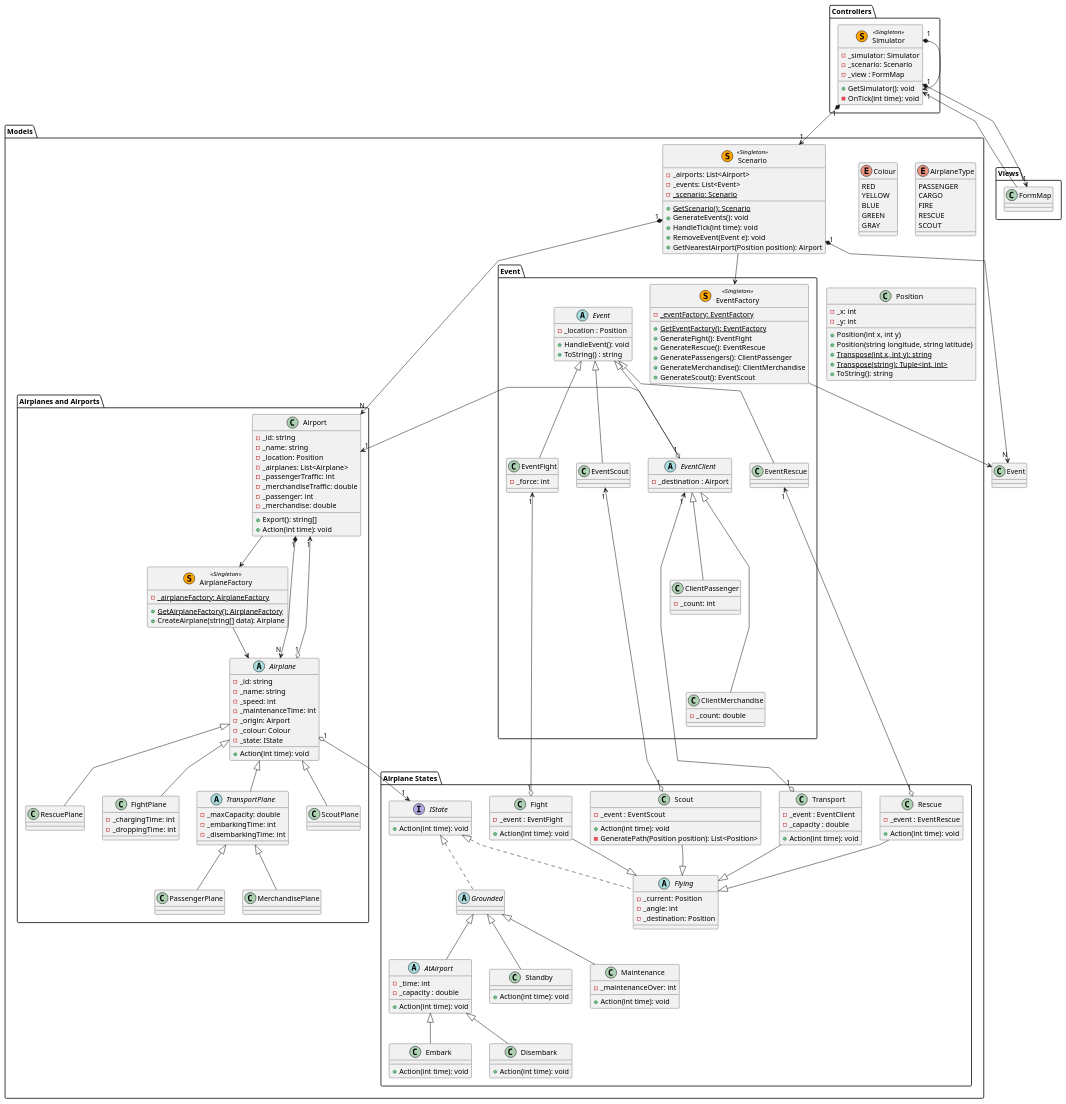
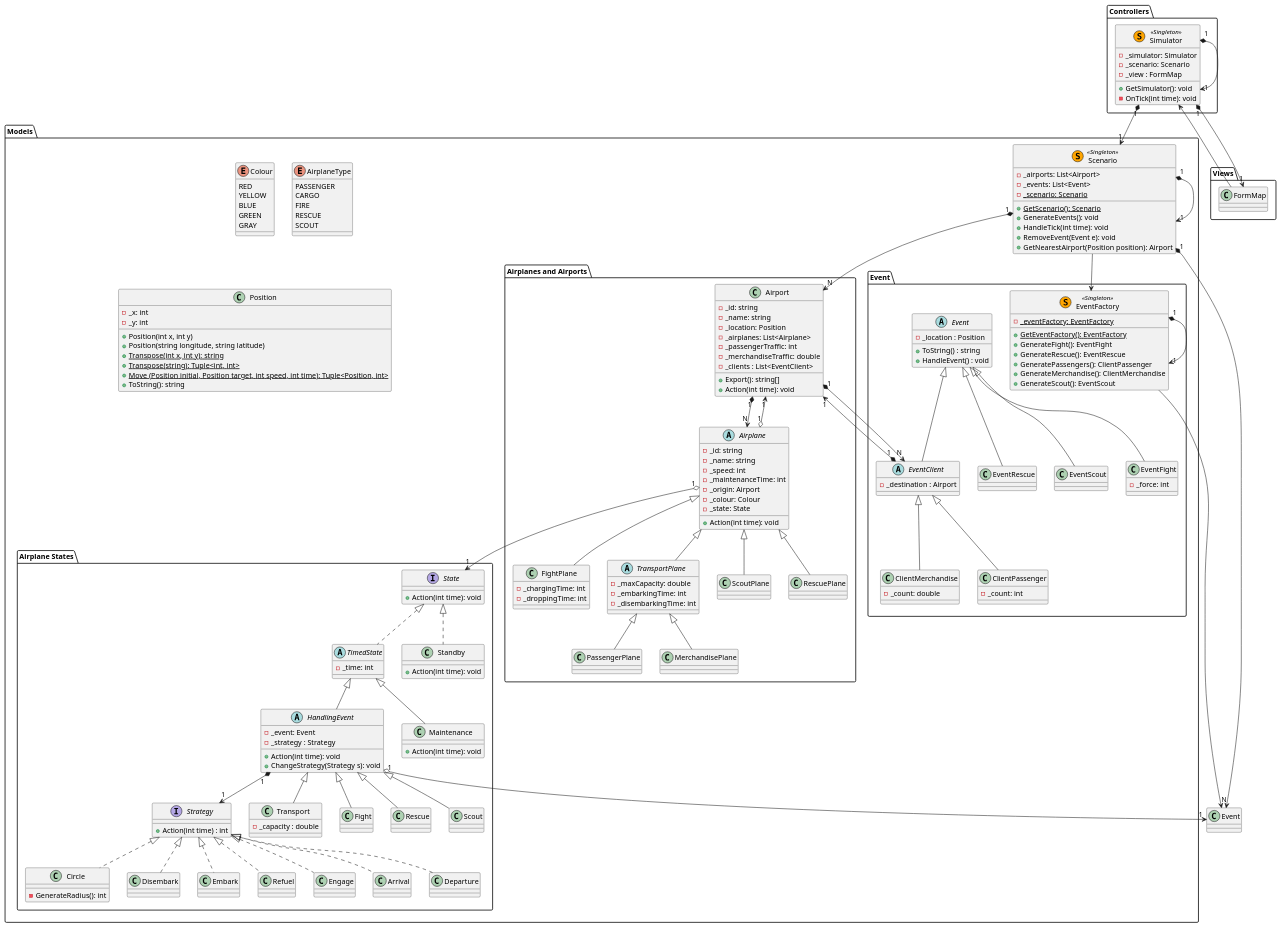
One commit to darkhappy/flightsim changed the diagram in Documentation/Diagrams/Class/Simulator.puml. Above: the diagram before and after it, drawn with PlantUML.

Commit message:
Class/Simulator: Added even more things

```diff
--- a/Documentation/Diagrams/Class/Simulator.puml
+++ b/Documentation/Diagrams/Class/Simulator.puml
@@ -1,6 +1,5 @@
 @startuml
 
-skinparam linetype polyline
 
 package Models {
     ' ----------------------------------- '
@@ -33,6 +32,7 @@
         + Position(string longitude, string latitude)
         + {static} Transpose(int x, int y): string
         + {static} Transpose(string): Tuple<int, int>
+        + {static} Move (Position initial, Position target, int speed, int time): Tuple<Position, int>
         + ToString(): string
     }
 
@@ -57,20 +57,11 @@
             - _airplanes: List<Airplane>
             - _passengerTraffic: int
             - _merchandiseTraffic: double
-            - _passenger: int
-            - _merchandise: double
+            - _clients : List<EventClient>
             + Export(): string[]
             + Action(int time): void
         }
     
-    ' -----------------------------------'
-    ' -- Airplane Management          -- '
-        class AirplaneFactory << (S,orange) Singleton>> {
-            - {static} _airplaneFactory: AirplaneFactory
-            + {static} GetAirplaneFactory(): AirplaneFactory
-            + CreateAirplane(string[] data): Airplane
-        }
-
         abstract class Airplane {
             - _id: string
             - _name: string
@@ -78,7 +69,7 @@
             - _maintenanceTime: int
             - _origin: Airport
             - _colour: Colour 
-            - _state: IState
+            - _state: State
             + Action(int time): void
         }
 
@@ -104,67 +95,78 @@
         
         class RescuePlane extends Airplane{
         }
-        }
+    }
     
     ' -----------------------------------'
     ' -- Airplane States              -- '
     
     package "Airplane States" {
-        interface IState {
+        interface State {
             + Action(int time): void
         }
         
-        abstract class Flying implements IState {
-            - _current: Position
-            - _angle: int
-            - _destination: Position
+        abstract TimedState implements State {
+            - _time: int
         }
         
-        abstract Grounded implements IState {
+        abstract class HandlingEvent extends TimedState {
+            - _event: Event
+            - _strategy : Strategy
+            + Action(int time): void
+            + ChangeStrategy(Strategy s): void
         }
         
-        abstract AtAirport extends Grounded {
-            - _time: int
-            - _capacity : double
+        interface Strategy { 
+            + Action(int time) : int
+        }
+        
+        together {
+            class Embark implements Strategy {
+            }
+            
+            class Disembark implements Strategy {
+            }
+        }
+        
+        class Standby implements State {
             + Action(int time): void
         }
         
-        class Embark extends AtAirport {
+        class Maintenance extends TimedState {
             + Action(int time): void
         }
         
-        class Disembark extends AtAirport {
-            + Action(int time): void
+        class Transport extends HandlingEvent {
+            - _capacity : double
         }
         
-        class Standby extends Grounded {
-            + Action(int time): void
+        together {
+            class Engage implements Strategy {
+            }
+            
+            class Refuel implements Strategy {
+            }
         }
         
-        class Maintenance extends Grounded {
-            - _maintenanceOver: int
-            + Action(int time): void
+        class Fight extends HandlingEvent {
         }
         
-        class Transport extends Flying {
-            - _event : EventClient
-            - _capacity : double
-            + Action(int time): void
+        class Rescue extends HandlingEvent {
         }
         
-        class Fight extends Flying {
-            - _event : EventFight
-            + Action(int time): void
+        class Scout extends HandlingEvent {
         }
         
-        class Rescue extends Flying {
-            - _event : EventRescue
-            + Action(int time): void
+        class Circle implements Strategy {
+            - GenerateRadius(): int
         }
-        class Scout extends Flying {
-            - _event : EventScout
-            + Action(int time): void
-            - GeneratePath(Position position): List<Position>
+        
+        together {
+            class Departure implements Strategy {
+            }
+            
+            class Arrival implements Strategy {
+            }
         }
     }
     
@@ -183,8 +185,8 @@
 
         abstract class Event {
             - _location : Position
-            + HandleEvent(): void
             + ToString() : string
+            + HandleEvent() : void
         }
 
         abstract class EventClient extends Event {
@@ -240,42 +242,27 @@
 ' - Model
 ' -- Scenario
 Scenario -d-> EventFactory
+Scenario "1" *--> "1" Scenario
 Scenario "1" *-d-> "N" Event
-Scenario "1" *-d-> "N" Airport
+Scenario "1" *-l-> "N" Airport
 
 ' -- Airport
-Airport -d-> AirplaneFactory
 Airport "1" *--> "N" Airplane
+Airport "1" *--> "N" EventClient
 
 ' -- Airplane
-AirplaneFactory --> Airplane
-Airplane "1" o--> "1" IState
+Airplane "1" o-d-> "1" State
 Airplane "1" o--> "1" Airport
 
 ' -- States
-Transport -[hidden]d- Flying
-Scout -[hidden]d- Flying
-Fight -[hidden]d- Flying
-Rescue -[hidden]d- Flying
 
-Transport -[hidden]r- Fight
-Fight -[hidden]r- Rescue
-Rescue -[hidden]r- Scout
+HandlingEvent "1" *--> "1"  Strategy
+HandlingEvent "1" o--> "1" Event
 
 ' -- Events
 EventFactory --> Event
-' Event --> Scenario (commented since it messed up the diagram)
+EventFactory "1" *--> "1" EventFactory
 
-EventClient "1" o-r-> "1" Airport
-EventClient -[hidden]l- EventFight
-EventFight -[hidden]l- EventRescue
-EventRescue -[hidden]l- EventScout
-ClientMerchandise -[hidden]u- ClientPassenger
+EventClient "1" *--> "1" Airport
    
-' -- Events and State
-Transport "1" o-u--> "1" EventClient
-Fight "1" o-u--> "1" EventFight
-Rescue "1" o-u--> "1" EventRescue
-Scout "1" o-u--> "1" EventScout
-
 @enduml
```
